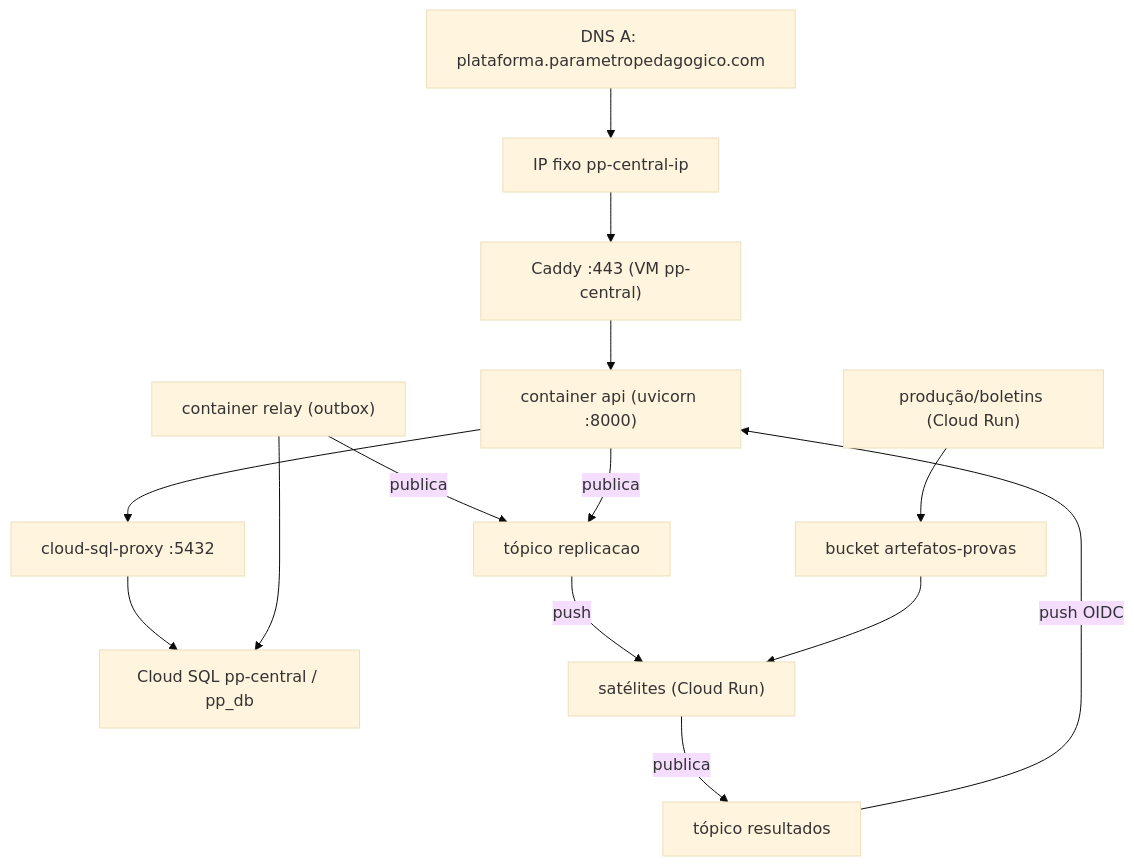
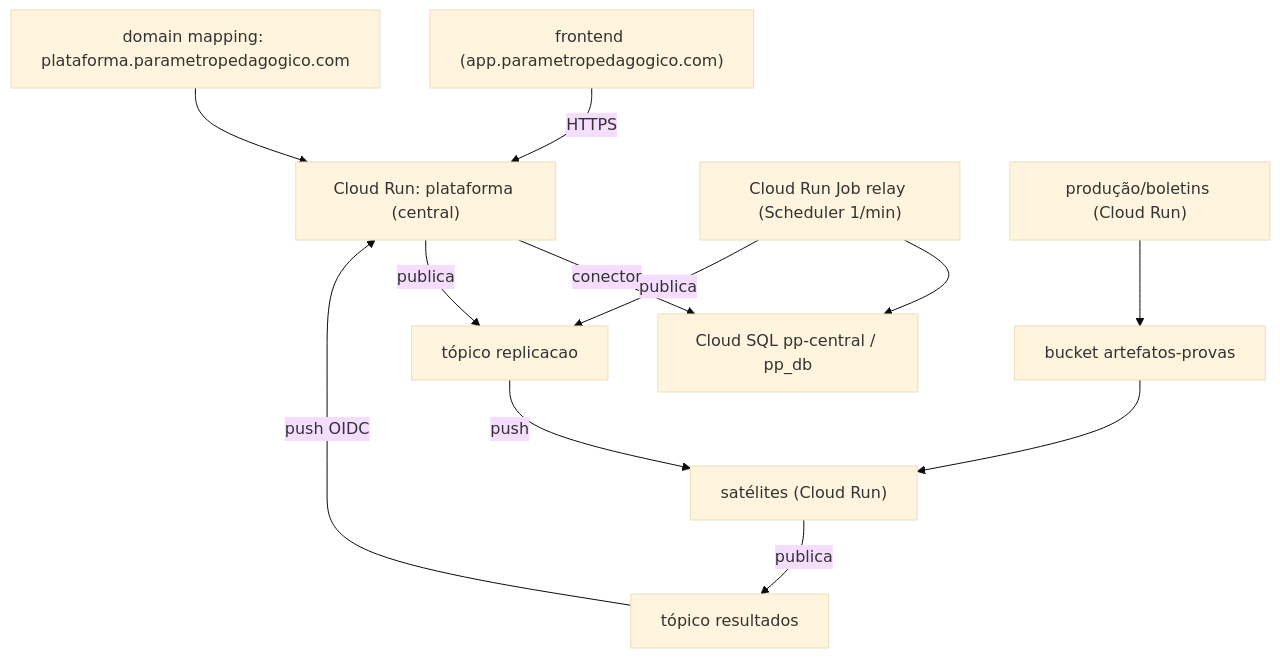
One commit to Parametro-Pedagogico/pp-api changed the diagram in docs/infra-topologia.md. Above: the diagram before and after it, drawn with Mermaid (base theme). The commit also changed other lines of this file and 7 other files, not shown here.

First line of the commit message:
infra: tudo em Cloud Run (central também), sem VM

````diff
--- a/docs/infra-topologia.md
+++ b/docs/infra-topologia.md
@@ -68,16 +72,14 @@
 ```mermaid
 flowchart TD
-    DNS["DNS A: plataforma.parametropedagogico.com"] --> IP["IP fixo pp-central-ip"]
-    IP --> CADDY["Caddy :443 (VM pp-central)"]
-    CADDY --> API["container api (uvicorn :8000)"]
-    API --> PROXY["cloud-sql-proxy :5432"]
-    PROXY --> SQL["Cloud SQL pp-central / pp_db"]
-    RELAY["container relay (outbox)"] --> SQL
-    RELAY -->|publica| TREP["tópico replicacao"]
-    API -->|publica| TREP
+    FE["frontend (app.parametropedagogico.com)"] -->|HTTPS| CR["Cloud Run: plataforma (central)"]
+    DNS["domain mapping: plataforma.parametropedagogico.com"] --> CR
+    CR -->|conector| SQL["Cloud SQL pp-central / pp_db"]
+    JOB["Cloud Run Job relay (Scheduler 1/min)"] --> SQL
+    JOB -->|publica| TREP["tópico replicacao"]
+    CR -->|publica| TREP
     TREP -->|push| SAT["satélites (Cloud Run)"]
     SAT -->|publica| TRES["tópico resultados"]
-    TRES -->|push OIDC| API
+    TRES -->|push OIDC| CR
     GEN["produção/boletins (Cloud Run)"] --> BUCKET["bucket artefatos-provas"]
     BUCKET --> SAT
 ```
````
